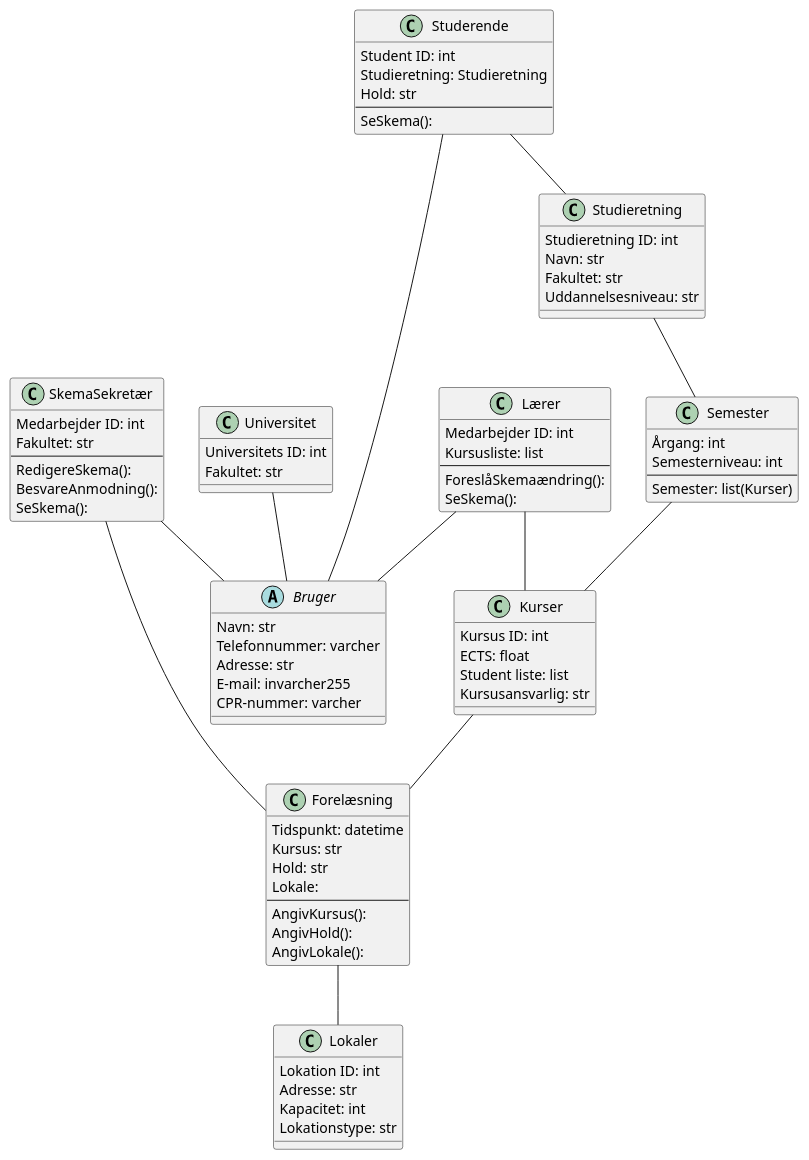
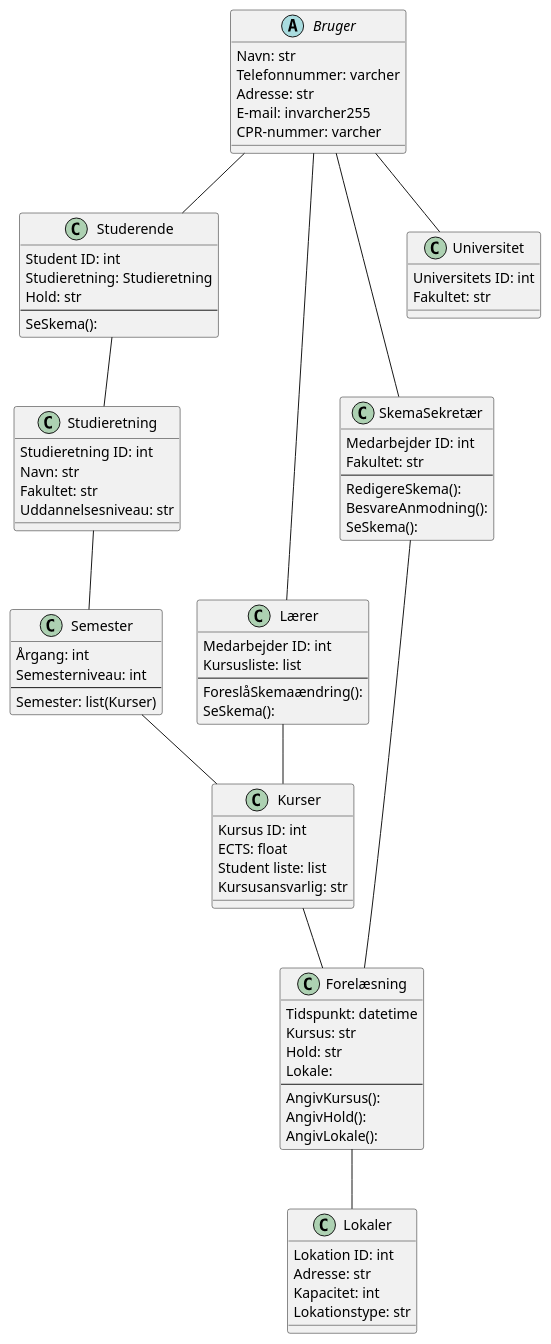
The diagram in ClassDiagram udkast 2.puml (MadsSchroder/Systemudvikling-Eksamen-KU), drawn with PlantUML before and after one commit.

Commit message:
Opdateret udkast CD 2

```diff
--- a/ClassDiagram udkast 2.puml
+++ b/ClassDiagram udkast 2.puml
@@ -1,88 +1,88 @@
 @startuml
 
-Studerende -- Bruger
-SkemaSekretær -- Bruger
-Lærer -- Bruger
-Universitet -- Bruger
+Bruger -- Studerende
+Bruger -- SkemaSekretær
+Bruger -- Lærer
+Bruger -- Universitet
 Studerende -- Studieretning
 Studieretning -- Semester
 Semester -- Kurser
 Kurser -- Forelæsning
 Forelæsning -- Lokaler
 Lærer -- Kurser
 SkemaSekretær -- Forelæsning
 
 
 class Studerende{
     Student ID: int
     Studieretning: Studieretning
     Hold: str
     --
     SeSkema():
     }
 class SkemaSekretær{
     Medarbejder ID: int
     Fakultet: str
     --
     RedigereSkema():
     BesvareAnmodning():
     SeSkema():
     }
 class Universitet{
     Universitets ID: int
     Fakultet: str
     }
 class Lærer{
     Medarbejder ID: int
     Kursusliste: list
     --
     ForeslåSkemaændring():
     SeSkema():
     }
 class Lokaler{
     Lokation ID: int
     Adresse: str
     Kapacitet: int
     Lokationstype: str
     }
 class Kurser{
     Kursus ID: int
     ECTS: float
     Student liste: list
     Kursusansvarlig: str
     }
 class Forelæsning{
     Tidspunkt: datetime
     Kursus: str
     Hold: str
     Lokale:
     --
     AngivKursus():
     AngivHold():
     AngivLokale():
     }
 class Semester{
     Årgang: int
     Semesterniveau: int
     --
     Semester: list(Kurser)
     }
 class Studieretning{
     Studieretning ID: int
     Navn: str
     Fakultet: str
     Uddannelsesniveau: str
     }
 abstract class Bruger{
     Navn: str
     Telefonnummer: varcher
     Adresse: str
     E-mail: invarcher255
     CPR-nummer: varcher
     }
 
 
 
 
 
 @enduml
```
